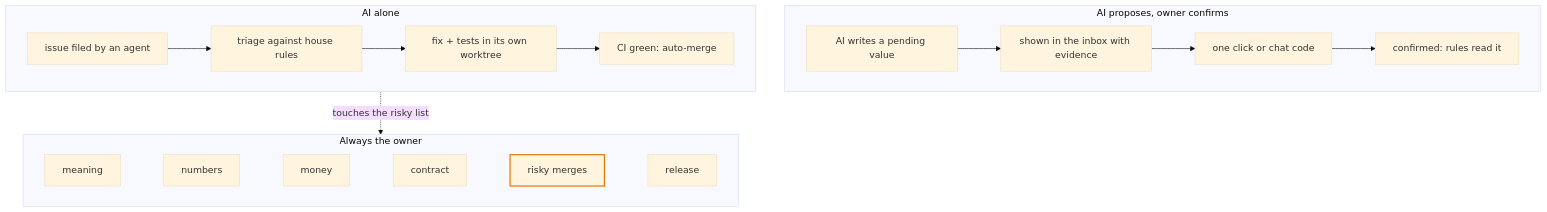
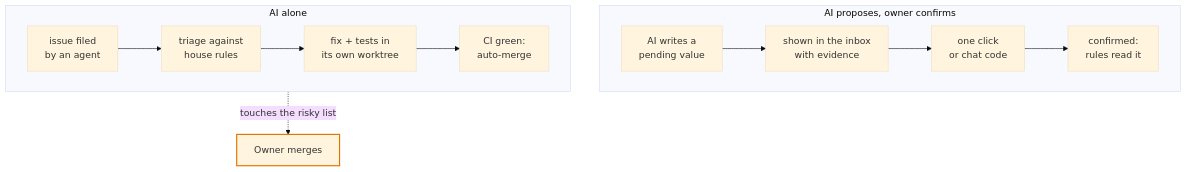
The third of 6 diagrams in README.md (thaddeus-growth/Agent-Harness-playbook), drawn with Mermaid (base theme) before and after one commit. The commit also changed other lines of this file, not shown here.

Commit message:
README: stack the pipeline in four phases and simplify the decision-lanes diagram so both read on GitHub

````diff
--- a/README.md
+++ b/README.md
@@ -73,17 +77,14 @@
 ```mermaid
 flowchart TB
-    subgraph L1["Always the owner"]
-      direction LR
-      a1[meaning] ~~~ a2[numbers] ~~~ a3[money] ~~~ a4[contract] ~~~ a5[risky merges]:::risky ~~~ a6[release]
-    end
     subgraph L2["AI proposes, owner confirms"]
       direction LR
-      b1[AI writes a pending value] --> b2[shown in the inbox with evidence] --> b3[one click or chat code] --> b4[confirmed: rules read it]
+      b1["AI writes a<br/>pending value"] --> b2["shown in the inbox<br/>with evidence"] --> b3["one click<br/>or chat code"] --> b4["confirmed:<br/>rules read it"]
     end
     subgraph L3["AI alone"]
       direction LR
-      c1[issue filed by an agent] --> c2[triage against house rules] --> c3[fix + tests in its own worktree] --> c4[CI green: auto-merge]
+      c1["issue filed<br/>by an agent"] --> c2["triage against<br/>house rules"] --> c3["fix + tests in<br/>its own worktree"] --> c4["CI green:<br/>auto-merge"]
     end
-    c3 -. "touches the risky list" .-> a5
+    OM["Owner merges"]:::risky
+    L3 -. "touches the risky list" .-> OM
     classDef risky stroke:#e37400,stroke-width:2px
 ```
````
